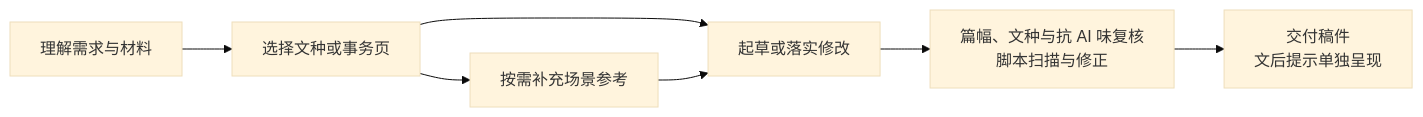
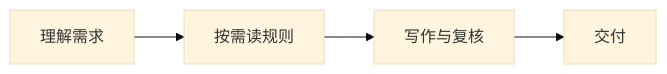
The diagram in README.md (gongyu0918-debug/chinese-official-writing-skill), drawn with Mermaid (base theme) before and after one commit. The commit also changed other lines of this file and 1 other file, not shown here.

Commit message:
docs: restore four-step workflow and link the 2.0 download
Use the requested four-step diagram in both READMEs and make the published 2.0 prerelease directly discoverable. Verified release is public with an uploaded ZIP; diff check passed.

````diff
--- a/README.md
+++ b/README.md
@@ -15,9 +15,6 @@
 ```mermaid
 flowchart LR
-    A[理解需求与材料] --> B[选择文种或事务页]
-    B --> C[起草或落实修改]
-    B --> S[按需补充场景参考]
-    S --> C
-    C --> D[篇幅、文种与抗 AI 味复核<br/>脚本扫描与修正]
-    D --> E[交付稿件<br/>文后提示单独呈现]
+    A[理解需求] --> B[按需读规则]
+    B --> C[写作与复核]
+    C --> D[交付]
 ```
````
